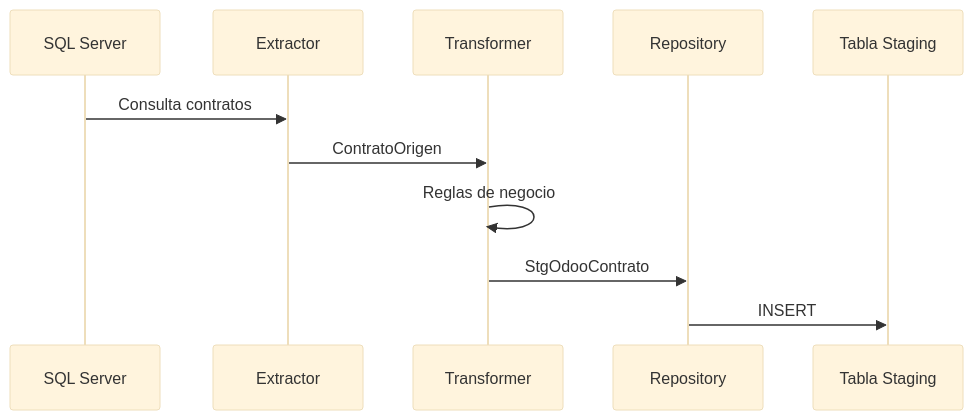
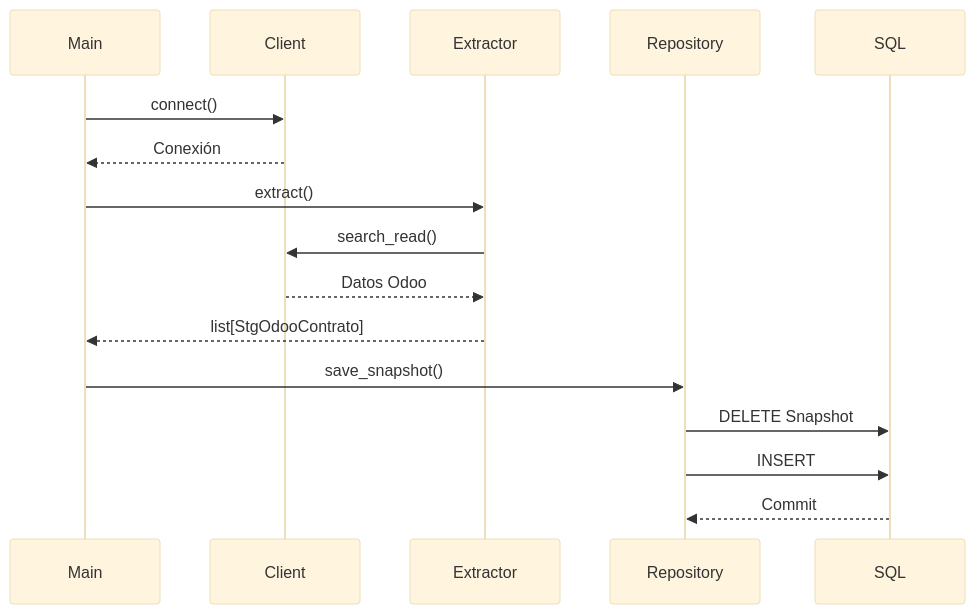
One commit to IstokCarvallo/Odoo changed the second of 4 diagrams in README.md. Above: the diagram before and after it, drawn with Mermaid (base theme). The commit also changed other lines of this file and 5 other files, not shown here.

````diff
--- a/README.md
+++ b/README.md
@@ -138,19 +64,29 @@
 ```mermaid
 sequenceDiagram
 
-participant SQL as SQL Server
-participant EXT as Extractor
-participant TRA as Transformer
-participant REP as Repository
-participant STG as Tabla Staging
+participant Main
+participant Client
+participant Extractor
+participant Repository
+participant SQL
 
-SQL->>EXT: Consulta contratos
+Main->>Client: connect()
 
-EXT->>TRA: ContratoOrigen
+Client-->>Main: Conexión
 
-TRA->>TRA: Reglas de negocio
+Main->>Extractor: extract()
 
-TRA->>REP: StgOdooContrato
+Extractor->>Client: search_read()
 
-REP->>STG: INSERT
+Client-->>Extractor: Datos Odoo
+
+Extractor-->>Main: list[StgOdooContrato]
+
+Main->>Repository: save_snapshot()
+
+Repository->>SQL: DELETE Snapshot
+
+Repository->>SQL: INSERT
+
+SQL-->>Repository: Commit
 ```
````
